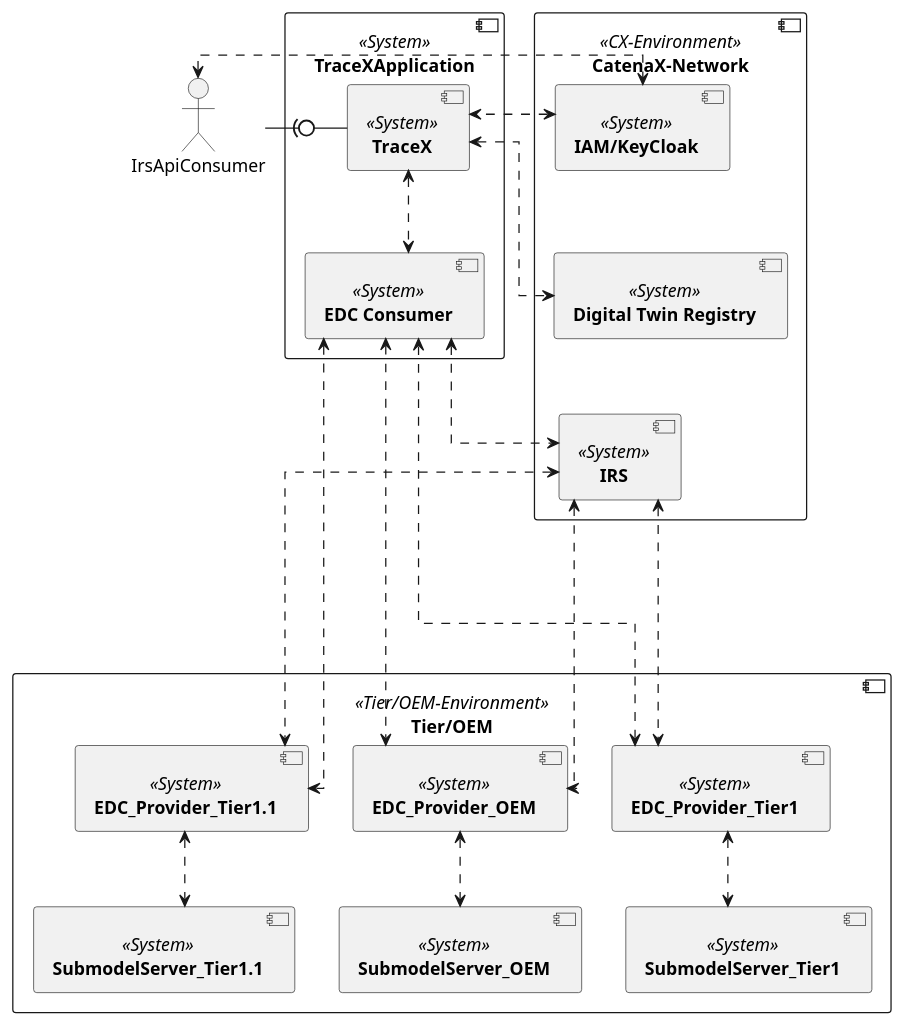
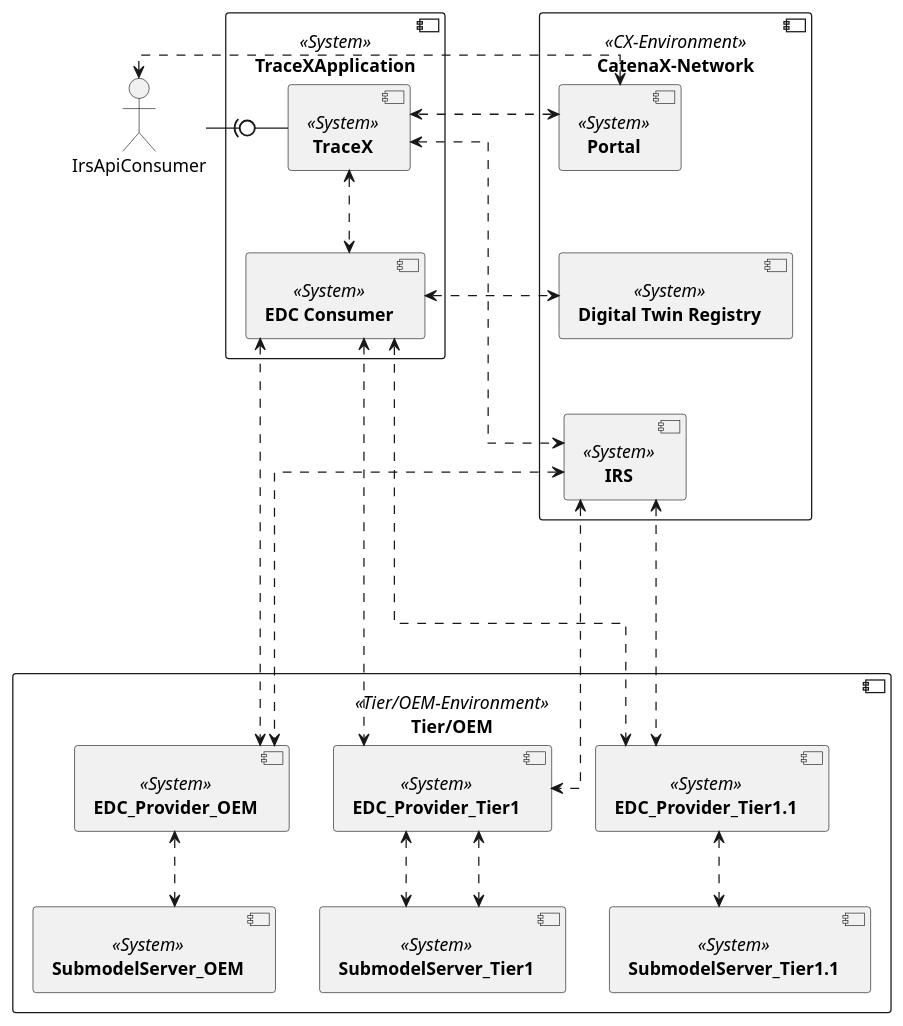
One commit to eclipse-tractusx/traceability-foss changed the diagram in docs/src/uml-diagrams/arc42/building-block-view/whitebox_overall.puml. Above: the diagram before and after it, drawn with PlantUML. The commit also changed 5 other files, not shown here.

```diff
--- a/docs/src/uml-diagrams/arc42/building-block-view/whitebox_overall.puml
+++ b/docs/src/uml-diagrams/arc42/building-block-view/whitebox_overall.puml
@@ -5,52 +5,53 @@
 @startuml
 skinparam monochrome true
 skinparam shadowing false
 skinparam defaultFontName "Architects daughter"
 skinparam linetype ortho
 skinparam spacing 50
 
 
 component [**TraceXApplication**] <<System>> {
 	component [**TraceX**] <<System>> as TraceX
 	component [**EDC Consumer**] <<System>> as EDC
 
 }
 
 component [**CatenaX-Network**] <<CX-Environment>> {
-    component [**IAM/KeyCloak**] <<System>> as IAM_IRS
+    component [**Portal**] <<System>> as PORTAL
     component [**Digital Twin Registry**] <<System>> as DT_REG
-    component [**IRS**] <<System>> as IAM_DAPS
-    IAM_IRS --[hidden]> DT_REG
-    DT_REG --[hidden]>  IAM_DAPS
+    component [**IRS**] <<System>> as IRS
+    PORTAL --[hidden]> DT_REG
+    DT_REG --[hidden]>  IRS
 }
 
 component [**Tier/OEM**] <<Tier/OEM-Environment>> {
 
     component [**EDC_Provider_OEM**] <<System>> as EDCProviderOEM
     component [**EDC_Provider_Tier1**] <<System>> as EDCProviderTier1
     component [**EDC_Provider_Tier1.1**] <<System>> as EDCProviderTier11
     component [**SubmodelServer_OEM**] <<System>> as SubmodelServerOEM
     component [**SubmodelServer_Tier1**] <<System>> as SubmodelServerTier1
     component [**SubmodelServer_Tier1.1**] <<System>> as SubmodelServerTier11
 }
 
 
 actor IrsApiConsumer
 
 IrsApiConsumer -right(0- TraceX
-IrsApiConsumer <.r.> IAM_IRS
+IrsApiConsumer <.r.> PORTAL
 TraceX <.d.> EDC
-TraceX <.l.> IAM_IRS
-TraceX <.> DT_REG
-EDC <..> IAM_DAPS
+TraceX <.l.> PORTAL
+TraceX <..> IRS
+EDC <..> DT_REG
 EDC <..> EDCProviderOEM
 EDC <...> EDCProviderTier1
 EDC <....> EDCProviderTier11
-IAM_DAPS <..> EDCProviderOEM
-IAM_DAPS <...> EDCProviderTier1
-IAM_DAPS <....> EDCProviderTier11
+IRS <..> EDCProviderOEM
+IRS <...> EDCProviderTier1
+IRS <....> EDCProviderTier11
 EDCProviderOEM <..> SubmodelServerOEM
+EDCProviderTier1 <..> SubmodelServerTier1
 EDCProviderTier1 <..> SubmodelServerTier1
 EDCProviderTier11 <..> SubmodelServerTier11
 
 @enduml
```
